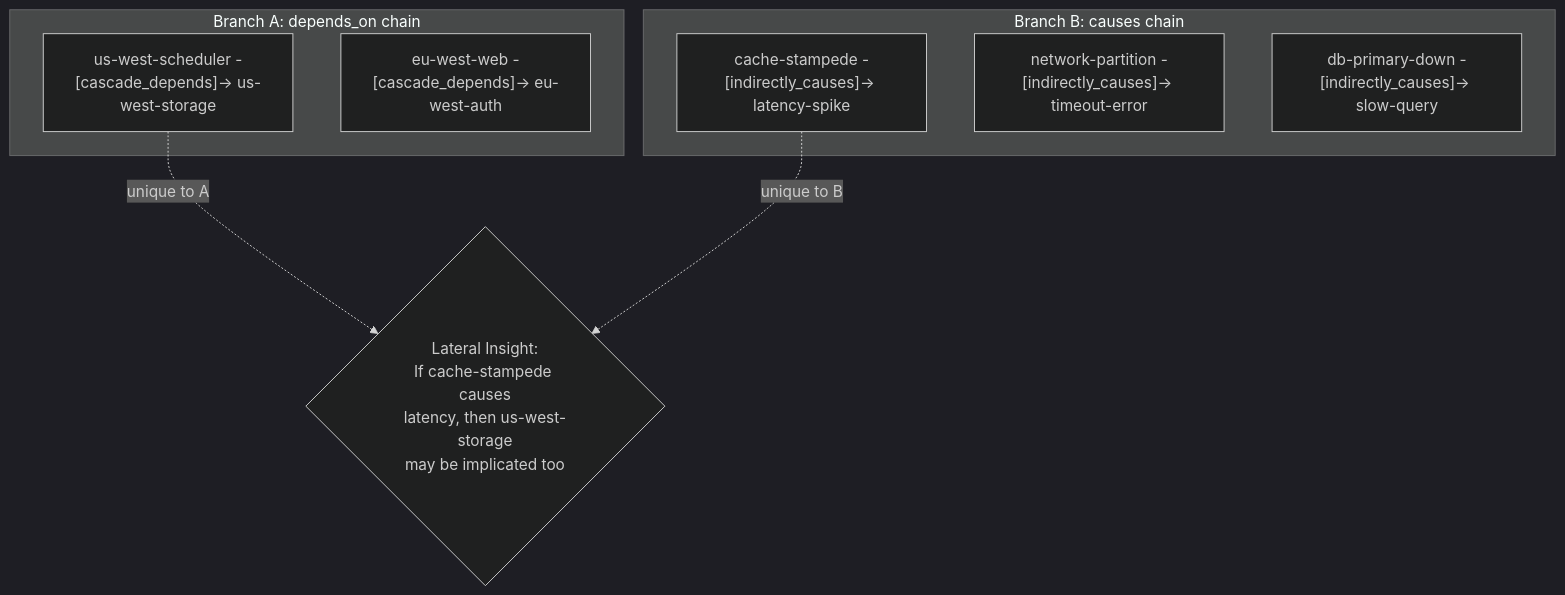
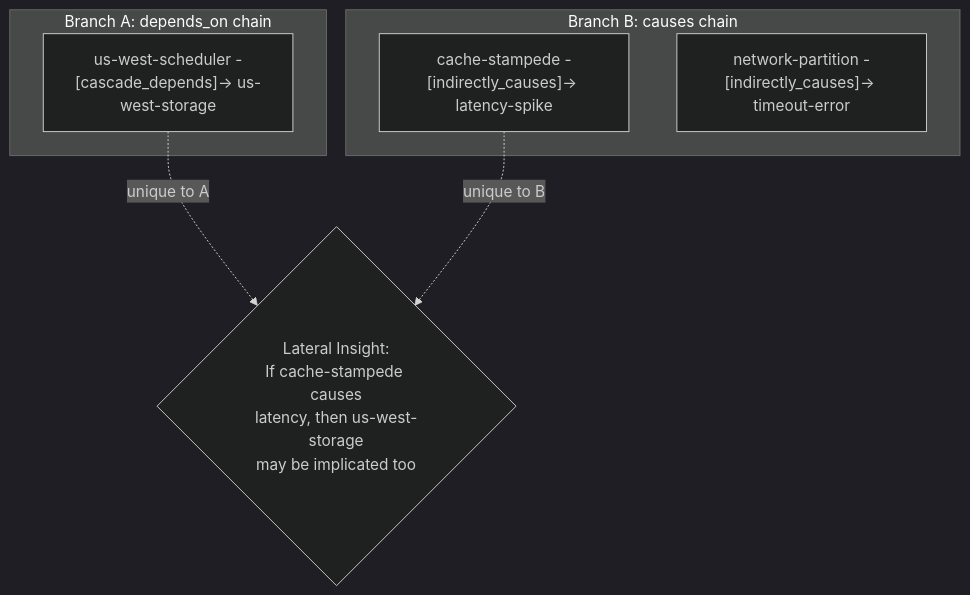
The fourth of 4 diagrams in examples/showcase/multiway_reasoning/README.md (antquinonez/Hyper3), drawn with Mermaid (dark theme) before and after one commit. The commit also changed other lines of this file, not shown here.

````diff
--- a/examples/showcase/multiway_reasoning/README.md
+++ b/examples/showcase/multiway_reasoning/README.md
@@ -359,16 +232,14 @@
 ```mermaid
 graph TB
     subgraph "Branch A: depends_on chain"
         A1["us-west-scheduler -[cascade_depends]-> us-west-storage"]
-        A2["eu-west-web -[cascade_depends]-> eu-west-auth"]
     end
 
     subgraph "Branch B: causes chain"
         B1["cache-stampede -[indirectly_causes]-> latency-spike"]
         B2["network-partition -[indirectly_causes]-> timeout-error"]
-        B3["db-primary-down -[indirectly_causes]-> slow-query"]
     end
 
     A1 -.unique to A.-> L{"Lateral Insight:\nIf cache-stampede causes\nlatency, then us-west-storage\nmay be implicated too"}
     B1 -.unique to B.-> L
 ```
````
